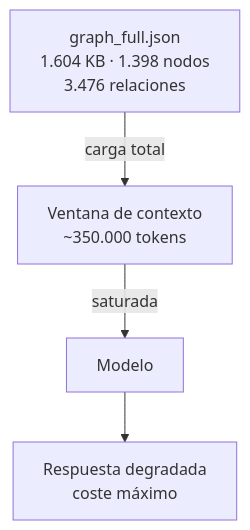
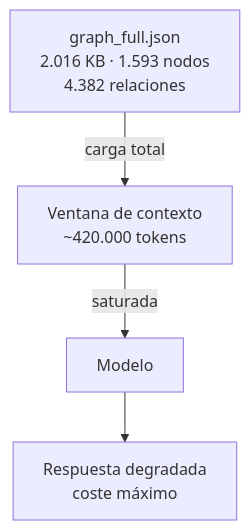
Before and after one commit to rcm-on/quarz-blog: the first of 3 diagrams in content/04 Arquitectura IA/datos-navegables-para-agentes.md, drawn with Mermaid. The commit also changed other lines of this file and 4 other files, not shown here.

````diff
--- a/content/04 Arquitectura IA/datos-navegables-para-agentes.md
+++ b/content/04 Arquitectura IA/datos-navegables-para-agentes.md
@@ -30,6 +30,6 @@
 ```mermaid
 graph TD
-    G[graph_full.json\n1.604 KB · 1.398 nodos\n3.476 relaciones] -->|carga total| C[Ventana de contexto\n~350.000 tokens]
+    G[graph_full.json\n2.016 KB · 1.593 nodos\n4.382 relaciones] -->|carga total| C[Ventana de contexto\n~420.000 tokens]
     C -->|saturada| M[Modelo]
     M --> OUT[Respuesta degradada\ncoste máximo]
 ```
````
